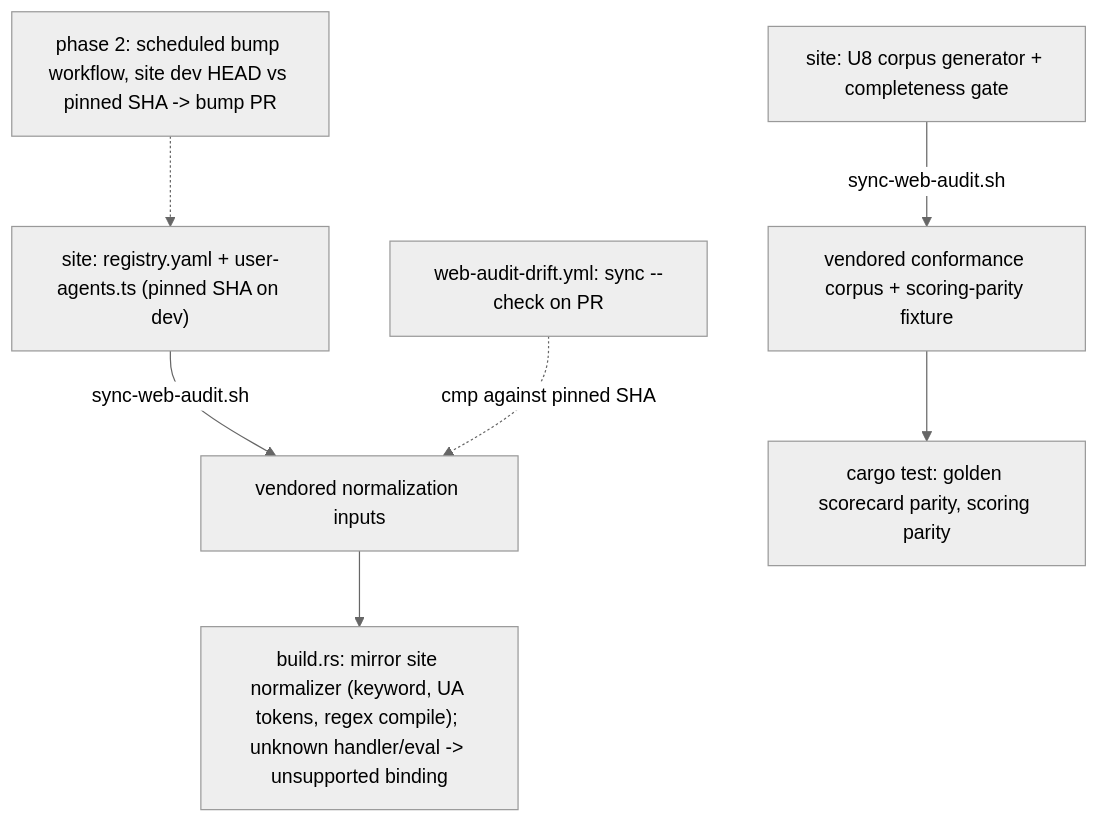
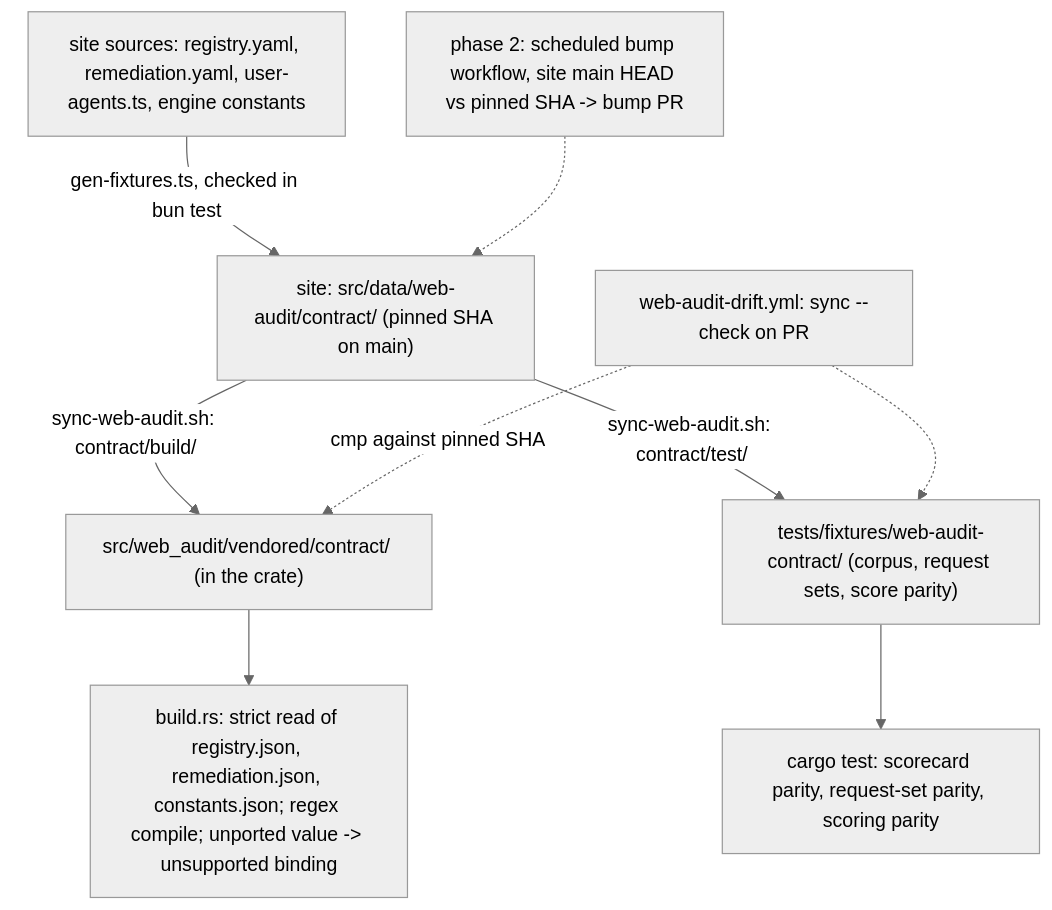
Before and after one commit to brettdavies/agentnative-cli: the third of 4 diagrams in docs/plans/2026-09-01-1611-feat-local-web-audit-plan.md, drawn with Mermaid (neutral theme). The commit also changed other lines of this file, not shown here.

First line of the commit message:
docs(plans): add the web-audit vendoring contract and the request memo port to the local web audit plan

````diff
--- a/docs/plans/2026-09-01-1611-feat-local-web-audit-plan.md
+++ b/docs/plans/2026-09-01-1611-feat-local-web-audit-plan.md
@@ -474,9 +589,11 @@
 ```mermaid
 flowchart TB
-  S1["site: registry.yaml + user-agents.ts (pinned SHA on dev)"] -->|sync-web-audit.sh| V1["vendored normalization inputs"]
-  S2["site: U8 corpus generator + completeness gate"] -->|sync-web-audit.sh| V2["vendored conformance corpus + scoring-parity fixture"]
-  V1 --> B1["build.rs: mirror site normalizer (keyword, UA tokens, regex compile); unknown handler/eval -> unsupported binding"]
-  V2 --> T1["cargo test: golden scorecard parity, scoring parity"]
+  S0["site sources: registry.yaml, remediation.yaml, user-agents.ts, engine constants"] -->|"gen-fixtures.ts, checked in bun test"| S1["site: src/data/web-audit/contract/ (pinned SHA on main)"]
+  S1 -->|"sync-web-audit.sh: contract/build/"| V1["src/web_audit/vendored/contract/ (in the crate)"]
+  S1 -->|"sync-web-audit.sh: contract/test/"| V2["tests/fixtures/web-audit-contract/ (corpus, request sets, score parity)"]
+  V1 --> B1["build.rs: strict read of registry.json, remediation.json, constants.json; regex compile; unported value -> unsupported binding"]
+  V2 --> T1["cargo test: scorecard parity, request-set parity, scoring parity"]
   D1["web-audit-drift.yml: sync --check on PR"] -.->|cmp against pinned SHA| V1
-  D2["phase 2: scheduled bump workflow, site dev HEAD vs pinned SHA -> bump PR"] -.-> S1
+  D1 -.-> V2
+  D2["phase 2: scheduled bump workflow, site main HEAD vs pinned SHA -> bump PR"] -.-> S1
 ```
````
